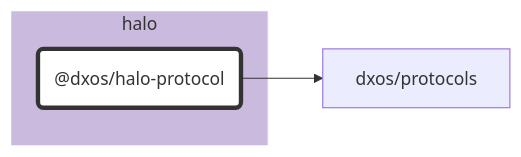
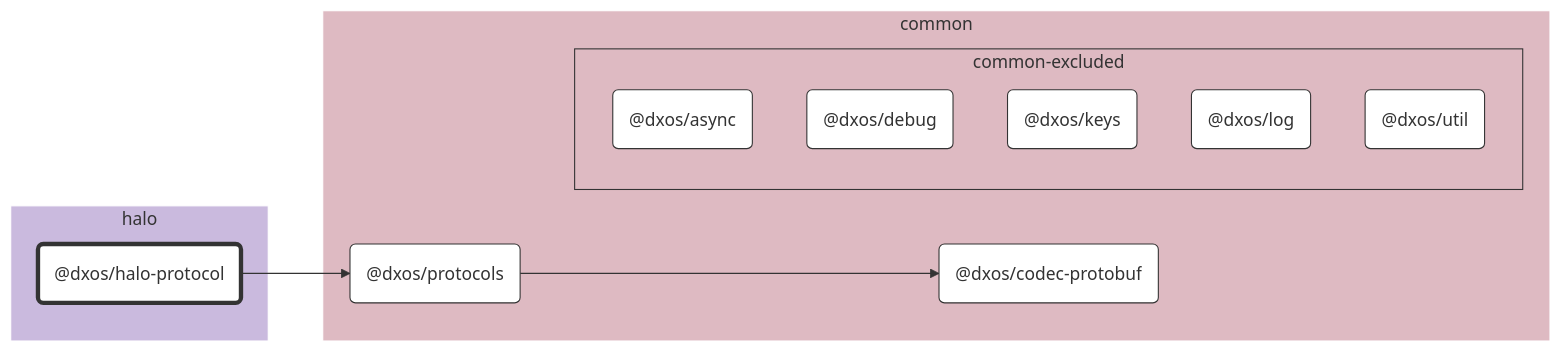
Before and after one commit to dxos/dxos: the diagram in packages/halo/halo-protocol/docs/README.md, drawn with Mermaid. The commit also changed 69 other files, not shown here.

````diff
--- a/packages/halo/halo-protocol/docs/README.md
+++ b/packages/halo/halo-protocol/docs/README.md
@@ -7,21 +7,44 @@
 ```mermaid
 %%{ init: {'flowchart':{'curve':'basis'}} }%%
 
 flowchart LR
 
 %% Classes
 classDef def fill:#fff,stroke:#333,stroke-width:1px
 classDef root fill:#fff,stroke:#333,stroke-width:4px
 
 %% Nodes
 
 subgraph halo [halo]
   style halo fill:#cabade,stroke:#fff
   dxos/halo-protocol("@dxos/halo-protocol"):::root
   click dxos/halo-protocol "dxos/dxos/tree/main/packages/halo/halo-protocol/docs"
 end
 
+subgraph common [common]
+  style common fill:#debac2,stroke:#fff
+  dxos/codec-protobuf("@dxos/codec-protobuf"):::def
+  click dxos/codec-protobuf "dxos/dxos/tree/main/packages/common/codec-protobuf/docs"
+  dxos/protocols("@dxos/protocols"):::def
+  click dxos/protocols "dxos/dxos/tree/main/packages/common/protocols/docs"
+
+  subgraph common-excluded [common-excluded]
+    style common-excluded fill:#debac2,stroke:#333,stroke-dashed:5 5
+    dxos/async("@dxos/async"):::def
+    click dxos/async "dxos/dxos/tree/main/packages/common/async/docs"
+    dxos/debug("@dxos/debug"):::def
+    click dxos/debug "dxos/dxos/tree/main/packages/common/debug/docs"
+    dxos/keys("@dxos/keys"):::def
+    click dxos/keys "dxos/dxos/tree/main/packages/common/keys/docs"
+    dxos/log("@dxos/log"):::def
+    click dxos/log "dxos/dxos/tree/main/packages/common/log/docs"
+    dxos/util("@dxos/util"):::def
+    click dxos/util "dxos/dxos/tree/main/packages/common/util/docs"
+  end
+end
+
 %% Links
 linkStyle default stroke:#333,stroke-width:1px
 dxos/halo-protocol --> dxos/protocols
+dxos/protocols --> dxos/codec-protobuf
 ```
````
